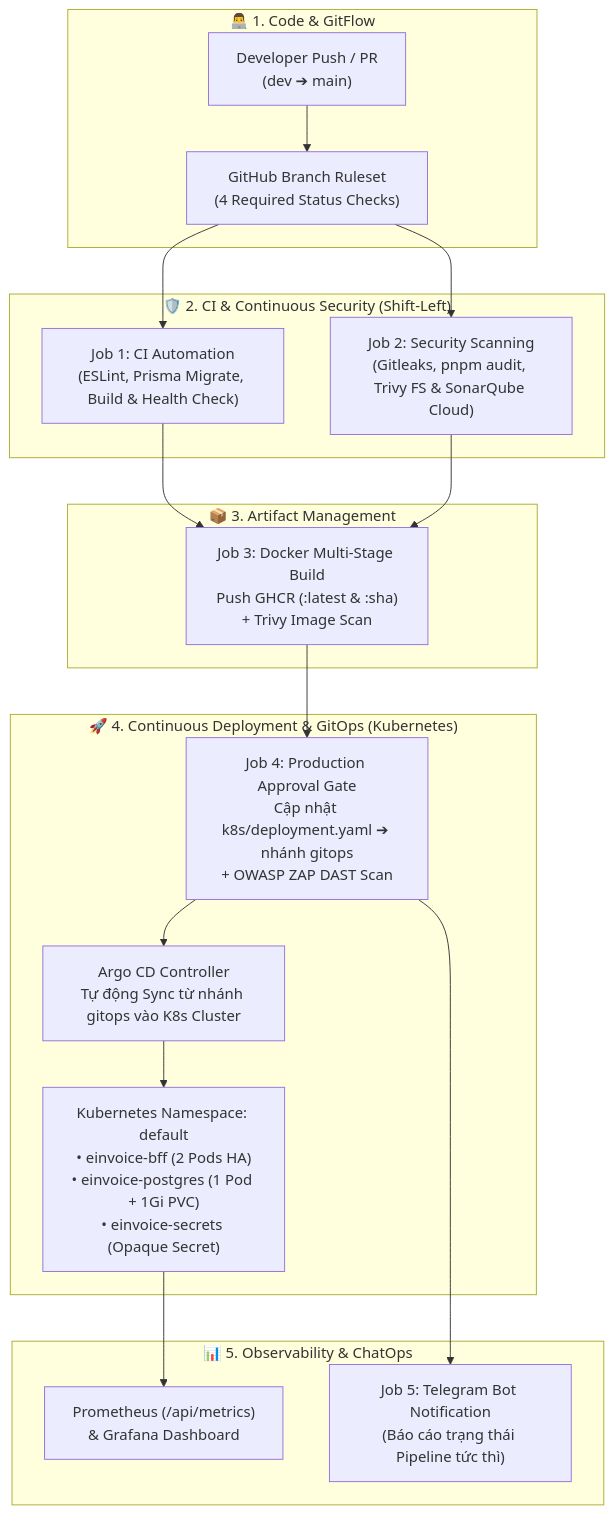
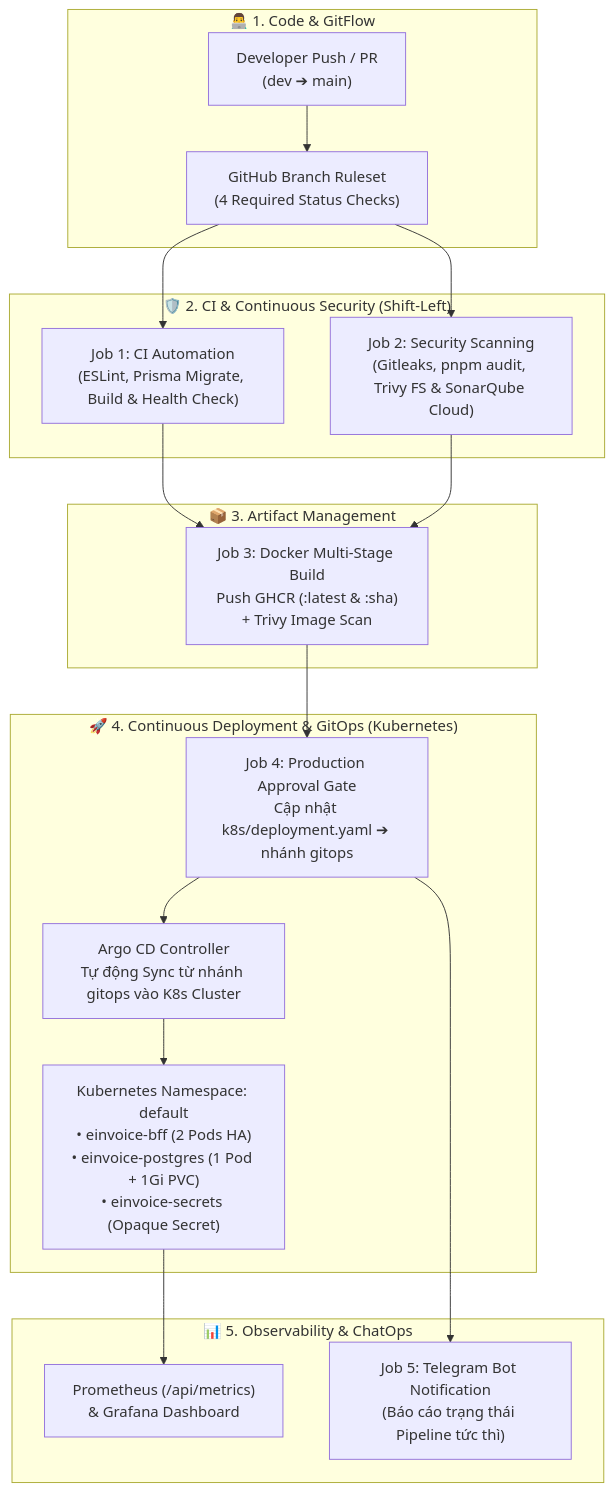
One commit to snowyy16/e-invoice changed the diagram in README.md. Above: the diagram before and after it, drawn with Mermaid. The commit also changed other lines of this file, not shown here.

````diff
--- a/README.md
+++ b/README.md
@@ -16,26 +16,26 @@
 ```mermaid
 flowchart TB
     subgraph DEV["👨‍💻 1. Code & GitFlow"]
         A["Developer Push / PR<br/>(dev ➔ main)"] --> B["GitHub Branch Ruleset<br/>(4 Required Status Checks)"]
     end
 
     subgraph CI_SEC["🛡️ 2. CI & Continuous Security (Shift-Left)"]
         B --> C["Job 1: CI Automation<br/>(ESLint, Prisma Migrate, Build & Health Check)"]
         B --> D["Job 2: Security Scanning<br/>(Gitleaks, pnpm audit, Trivy FS & SonarQube Cloud)"]
     end
 
     subgraph ARTIFACT["📦 3. Artifact Management"]
         C & D --> E["Job 3: Docker Multi-Stage Build<br/>Push GHCR (:latest & :sha)<br/>+ Trivy Image Scan"]
     end
 
     subgraph CD_GITOPS["🚀 4. Continuous Deployment & GitOps (Kubernetes)"]
-        E --> F["Job 4: Production Approval Gate<br/>Cập nhật k8s/deployment.yaml ➔ nhánh gitops<br/>+ OWASP ZAP DAST Scan"]
+        E --> F["Job 4: Production Approval Gate<br/>Cập nhật k8s/deployment.yaml ➔ nhánh gitops"]
         F --> G["Argo CD Controller<br/>Tự động Sync từ nhánh gitops vào K8s Cluster"]
         G --> H["Kubernetes Namespace: default<br/>• einvoice-bff (2 Pods HA)<br/>• einvoice-postgres (1 Pod + 1Gi PVC)<br/>• einvoice-secrets (Opaque Secret)"]
     end
 
     subgraph OBS["📊 5. Observability & ChatOps"]
         H --> I["Prometheus (/api/metrics)<br/>& Grafana Dashboard"]
         F --> J["Job 5: Telegram Bot Notification<br/>(Báo cáo trạng thái Pipeline tức thì)"]
     end
 ```
````
